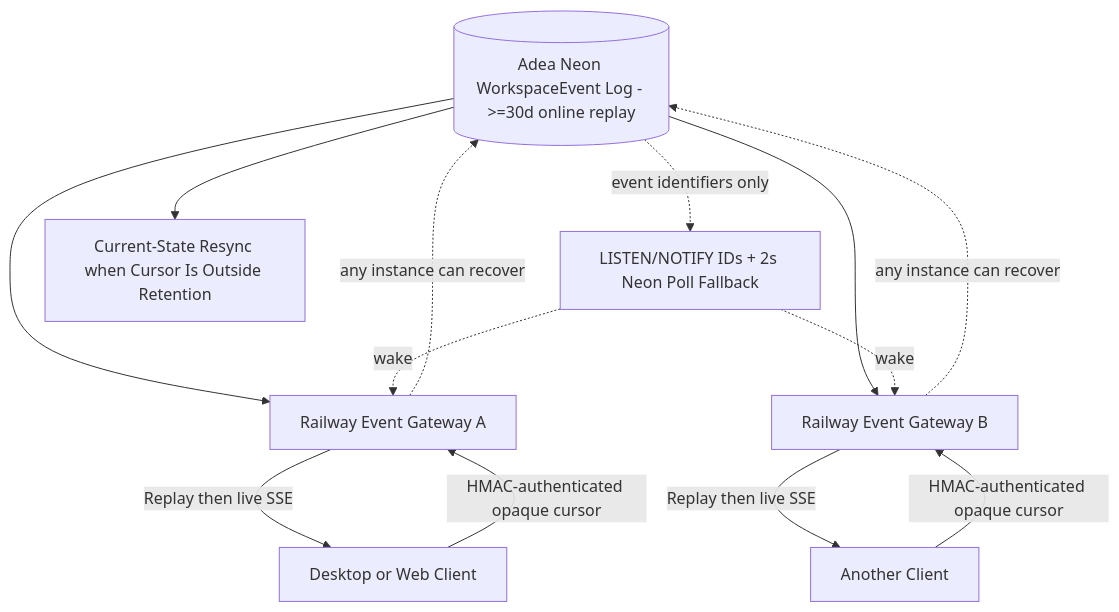
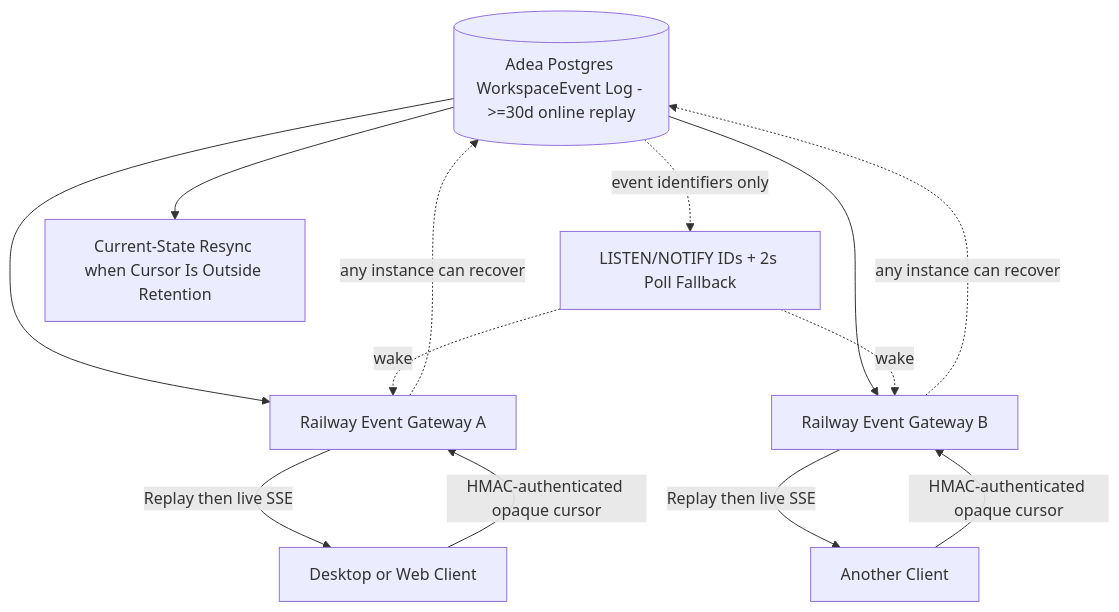
One commit to adea-ai/adea changed diagram 18 of 18 in docs/architecture/diagram-sources.md. Above: the diagram before and after it, drawn with Mermaid. The commit also changed other lines of this file and 146 other files, not shown here.

````diff
--- a/docs/architecture/diagram-sources.md
+++ b/docs/architecture/diagram-sources.md
@@ -625,21 +625,21 @@
 ```mermaid
 flowchart TB
-    DB[(Adea Neon WorkspaceEvent Log - >=30d online replay)]
-    W[LISTEN/NOTIFY IDs + 2s Neon Poll Fallback]
+    DB[(Adea Postgres WorkspaceEvent Log - >=30d online replay)]
+    W[LISTEN/NOTIFY IDs + 2s Poll Fallback]
     G1[Railway Event Gateway A]
     G2[Railway Event Gateway B]
     C1[Desktop or Web Client]
     C2[Another Client]
     DB --> G1
     DB --> G2
     DB -. event identifiers only .-> W
     W -. wake .-> G1
     W -. wake .-> G2
     C1 -->|HMAC-authenticated opaque cursor| G1
     C2 -->|HMAC-authenticated opaque cursor| G2
     G1 -->|Replay then live SSE| C1
     G2 -->|Replay then live SSE| C2
     G1 -. any instance can recover .-> DB
     G2 -. any instance can recover .-> DB
     DB --> R[Current-State Resync when Cursor Is Outside Retention]
 ```
````
